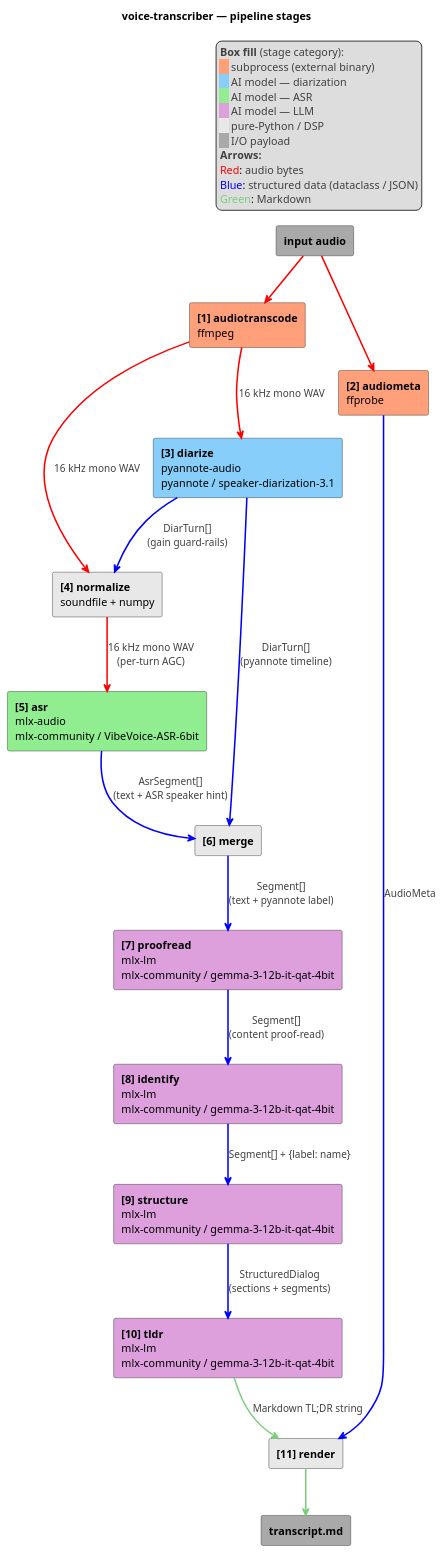
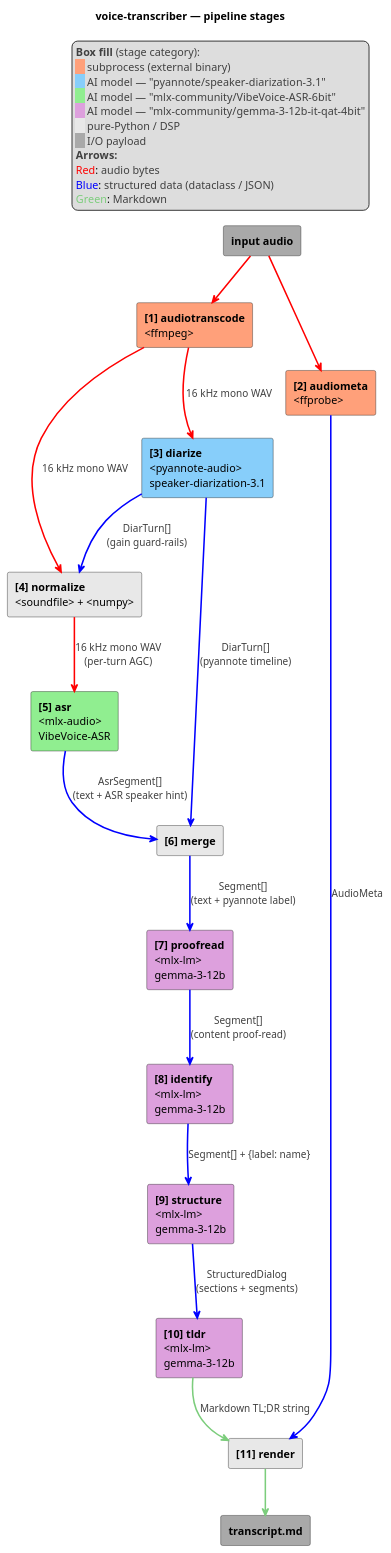
Before and after one commit to artem-from-ua/voice-transcriber: the second of 2 diagrams in docs/architecture.md, drawn with PlantUML. The commit also changed other lines of this file, not shown here.

First paragraph of the commit message:
Tidy model+library labels on the architecture diagram (#63)
Three small label tweaks on the pipeline-stages PlantUML in
docs/architecture.md, no semantic / structural changes:

````diff
--- a/docs/architecture.md
+++ b/docs/architecture.md
@@ -63,56 +63,56 @@
 ```plantuml
 @startuml
 title voice-transcriber — pipeline stages
 skinparam componentStyle rectangle
 skinparam ArrowThickness 2
 
 [<b>input audio</b>] as Input #A9A9A9
 [<b>transcript.md</b>] as Output #A9A9A9
 
-component "<b>[1] audiotranscode</b>\nffmpeg" as WAV #FFA07A
-component "<b>[2] audiometa</b>\nffprobe" as FF #FFA07A
-component "<b>[3] diarize</b>\npyannote-audio\npyannote / speaker-diarization-3.1" as Diar #87CEFA
-component "<b>[4] normalize</b>\nsoundfile + numpy" as Norm #E8E8E8
-component "<b>[5] asr</b>\nmlx-audio\nmlx-community / VibeVoice-ASR-6bit" as ASR #90EE90
+component "<b>[1] audiotranscode</b>\n<ffmpeg>" as WAV #FFA07A
+component "<b>[2] audiometa</b>\n<ffprobe>" as FF #FFA07A
+component "<b>[3] diarize</b>\n<pyannote-audio>\nspeaker-diarization-3.1" as Diar #87CEFA
+component "<b>[4] normalize</b>\n<soundfile> + <numpy>" as Norm #E8E8E8
+component "<b>[5] asr</b>\n<mlx-audio>\nVibeVoice-ASR" as ASR #90EE90
 component "<b>[6] merge</b>" as Merge #E8E8E8
-component "<b>[7] proofread</b>\nmlx-lm\nmlx-community / gemma-3-12b-it-qat-4bit" as Post #DDA0DD
-component "<b>[8] identify</b>\nmlx-lm\nmlx-community / gemma-3-12b-it-qat-4bit" as Ident #DDA0DD
-component "<b>[9] structure</b>\nmlx-lm\nmlx-community / gemma-3-12b-it-qat-4bit" as Struct #DDA0DD
-component "<b>[10] tldr</b>\nmlx-lm\nmlx-community / gemma-3-12b-it-qat-4bit" as TLDR #DDA0DD
+component "<b>[7] proofread</b>\n<mlx-lm>\ngemma-3-12b" as Post #DDA0DD
+component "<b>[8] identify</b>\n<mlx-lm>\ngemma-3-12b" as Ident #DDA0DD
+component "<b>[9] structure</b>\n<mlx-lm>\ngemma-3-12b" as Struct #DDA0DD
+component "<b>[10] tldr</b>\n<mlx-lm>\ngemma-3-12b" as TLDR #DDA0DD
 component "<b>[11] render</b>" as Render #E8E8E8
 
 Input -[#red]-> FF
 Input -[#red]-> WAV
 
 WAV -[#red]-> Diar : <color:#404040>16 kHz mono WAV</color>
 WAV -[#red]-> Norm : <color:#404040>16 kHz mono WAV</color>
 Diar -[#blue]-> Norm : <color:#404040>DiarTurn[]</color>\n<color:#404040>(gain guard-rails)</color>
 Norm -[#red]-> ASR : <color:#404040>16 kHz mono WAV</color>\n<color:#404040>(per-turn AGC)</color>
 
 ASR -[#blue]-> Merge : <color:#404040>AsrSegment[]</color>\n<color:#404040>(text + ASR speaker hint)</color>
 Diar -[#blue]-> Merge : <color:#404040>DiarTurn[]</color>\n<color:#404040>(pyannote timeline)</color>
 
 Merge -[#blue]-> Post : <color:#404040>Segment[]</color>\n<color:#404040>(text + pyannote label)</color>
 Post -[#blue]-> Ident : <color:#404040>Segment[]</color>\n<color:#404040>(content proof-read)</color>
 Ident -[#blue]-> Struct : <color:#404040>Segment[] + {label: name}</color>
 Struct -[#blue]-> TLDR : <color:#404040>StructuredDialog</color>\n<color:#404040>(sections + segments)</color>
 
 FF -[#blue]-> Render : <color:#404040>AudioMeta</color>
 TLDR -[#7CCD7C]-> Render : <color:#404040>Markdown TL;DR string</color>
 Render -[#7CCD7C]-> Output
 
 legend top right
   <color:#404040>**Box fill** (stage category):</color>
   <back:#FFA07A>   </back> <color:#404040>subprocess (external binary)</color>
-  <back:#87CEFA>   </back> <color:#404040>AI model — diarization</color>
-  <back:#90EE90>   </back> <color:#404040>AI model — ASR</color>
-  <back:#DDA0DD>   </back> <color:#404040>AI model — LLM</color>
+  <back:#87CEFA>   </back> <color:#404040>AI model — "pyannote/speaker-diarization-3.1"</color>
+  <back:#90EE90>   </back> <color:#404040>AI model — "mlx-community/VibeVoice-ASR-6bit"</color>
+  <back:#DDA0DD>   </back> <color:#404040>AI model — "mlx-community/gemma-3-12b-it-qat-4bit"</color>
   <back:#E8E8E8>   </back> <color:#404040>pure-Python / DSP</color>
   <back:#A9A9A9>   </back> <color:#404040>I/O payload</color>
   <color:#404040>**Arrows:**</color>
   <color:red>Red</color>: <color:#404040>audio bytes</color>
   <color:blue>Blue</color>: <color:#404040>structured data (dataclass / JSON)</color>
   <color:#7CCD7C>Green</color>: <color:#404040>Markdown</color>
 end legend
 @enduml
 ```
````
